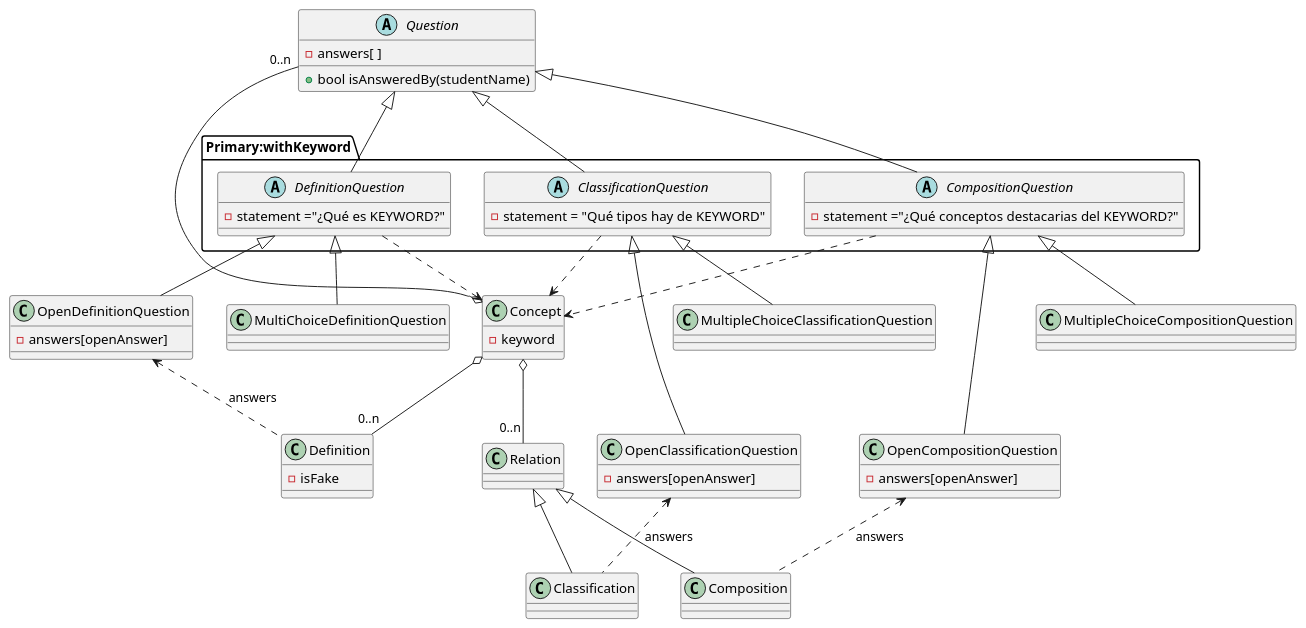
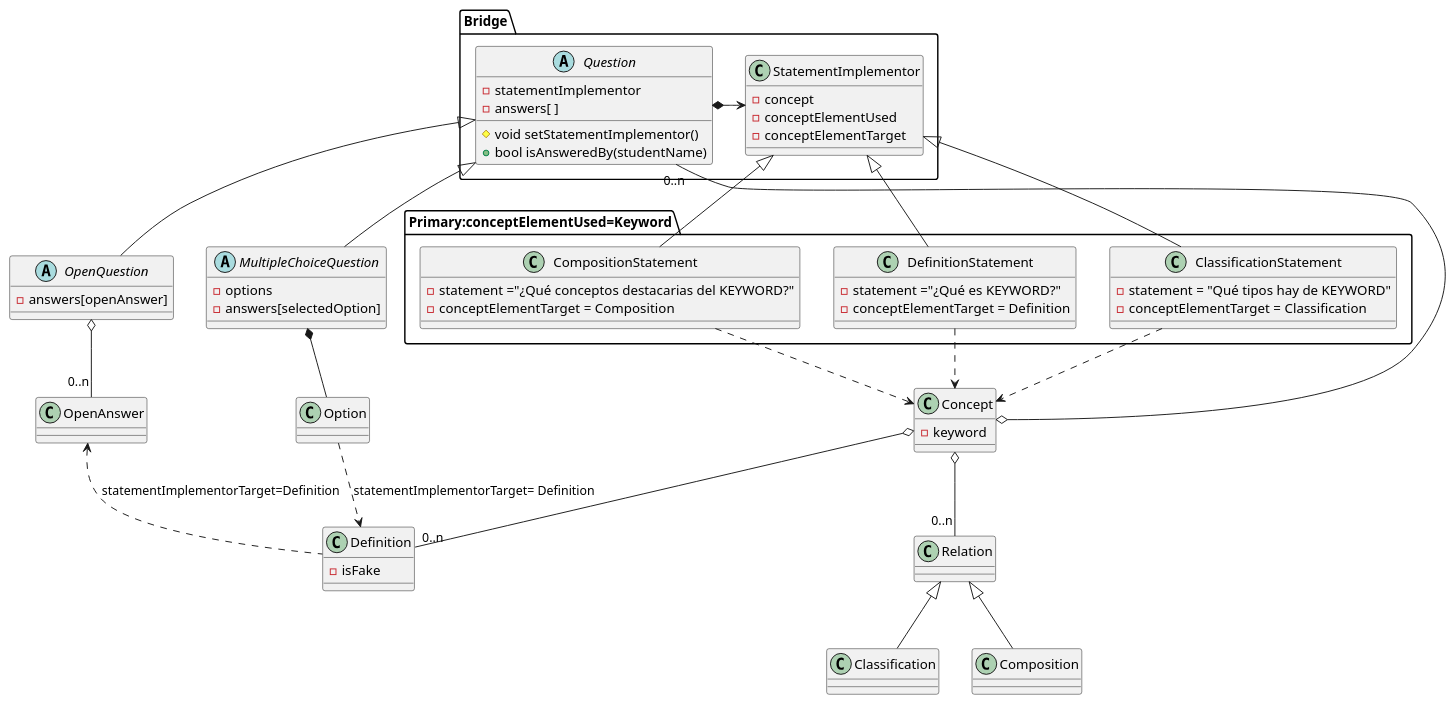
One commit to Joselon/ProyectoOpoTest changed the diagram in doc/dominio_detail_concept.puml. Above: the diagram before and after it, drawn with PlantUML. The commit also changed other lines of this file and 2 other files, not shown here.

Commit message:
Bridge - Diagrama sin Solution

```diff
--- a/doc/dominio_detail_concept.puml
+++ b/doc/dominio_detail_concept.puml
@@ -1,81 +1,88 @@
-@startuml ConceptDomainDetail
+@startuml ConceptDomainDetailBridge
 
 class Concept {
     - keyword
 }
 
 class Definition {
-  - isFake
+    - isFake
 }
 
 class Relation
 
 class Classification
 
 class Composition
 
-package Primary:withKeyword{
-abstract class DefinitionQuestion {
-    - statement ="¿Qué es KEYWORD?"
+package Primary:conceptElementUsed=Keyword {
+    class DefinitionStatement {
+        - statement ="¿Qué es KEYWORD?"
+        - conceptElementTarget = Definition
+    }
+
+    class ClassificationStatement {
+        - statement = "Qué tipos hay de KEYWORD"
+        - conceptElementTarget = Classification
+    }
+
+    class CompositionStatement {
+        - statement ="¿Qué conceptos destacarias del KEYWORD?"
+        - conceptElementTarget = Composition
+    }
+}
+
+abstract class OpenQuestion {
+    -answers[openAnswer]
+}
+
+abstract class MultipleChoiceQuestion {
+    - options
+    - answers[selectedOption]
+}
+
+package Bridge {
+    abstract class Question {
+        - statementImplementor
+        - answers[ ]
+        # void setStatementImplementor()
+        + bool isAnsweredBy(studentName)
+    }
+
+    class StatementImplementor {
+        - concept
+        - conceptElementUsed
+        - conceptElementTarget
+    }
 
 }
 
-abstract class ClassificationQuestion {
-    - statement = "Qué tipos hay de KEYWORD"
+Question *-> StatementImplementor
+Question <|-- OpenQuestion
+Question <|-- MultipleChoiceQuestion
 
-}
+OpenQuestion o--"0..n" OpenAnswer
+MultipleChoiceQuestion *-- Option
 
-abstract class CompositionQuestion {
-    - statement ="¿Qué conceptos destacarias del KEYWORD?"
+DefinitionStatement ..> Concept
+ClassificationStatement ..> Concept
+CompositionStatement ..> Concept
 
-}
-}
-class OpenDefinitionQuestion {
-    -answers[openAnswer]
-}
-class OpenClassificationQuestion{
-    -answers[openAnswer]
-}
-class OpenCompositionQuestion{
-    -answers[openAnswer]
-}
-
-abstract class Question {
-   ' - statementImplementor
-    - answers[ ]
-   ' # void setStatementImplementor()
-    + bool isAnsweredBy(studentName)
-}
-
-
-DefinitionQuestion <|-- OpenDefinitionQuestion
-DefinitionQuestion <|-- MultiChoiceDefinitionQuestion
-ClassificationQuestion <|-- OpenClassificationQuestion
-ClassificationQuestion <|-- MultipleChoiceClassificationQuestion
-CompositionQuestion <|-- OpenCompositionQuestion
-CompositionQuestion <|-- MultipleChoiceCompositionQuestion
-Question "0..n" -o Concept
-
-DefinitionQuestion ..> Concept 
-ClassificationQuestion ..> Concept 
-CompositionQuestion ..> Concept  
-
-
+Concept o-- "0..n" Question
 Concept o--"0..n" Definition
 
 Concept o-- "0..n" Relation
 Relation <|-- Classification
 Relation <|-- Composition
 
 
-Question <|-- DefinitionQuestion
-OpenDefinitionQuestion <.. Definition: answers
+StatementImplementor <|-- DefinitionStatement
+OpenAnswer <.. Definition:statementImplementorTarget=Definition
+Option ..> Definition :statementImplementorTarget= Definition
+StatementImplementor <|-- ClassificationStatement
+'OpenClassificationQuestion <.. Classification :answers
 
-Question <|-- ClassificationQuestion
-OpenClassificationQuestion <.. Classification :answers
-
-Question <|-- CompositionQuestion
-OpenCompositionQuestion <.. Composition :answers
+StatementImplementor <|-- CompositionStatement
+'OpenCompositionQuestion <.. Composition :answers
 
 
 @enduml
```
